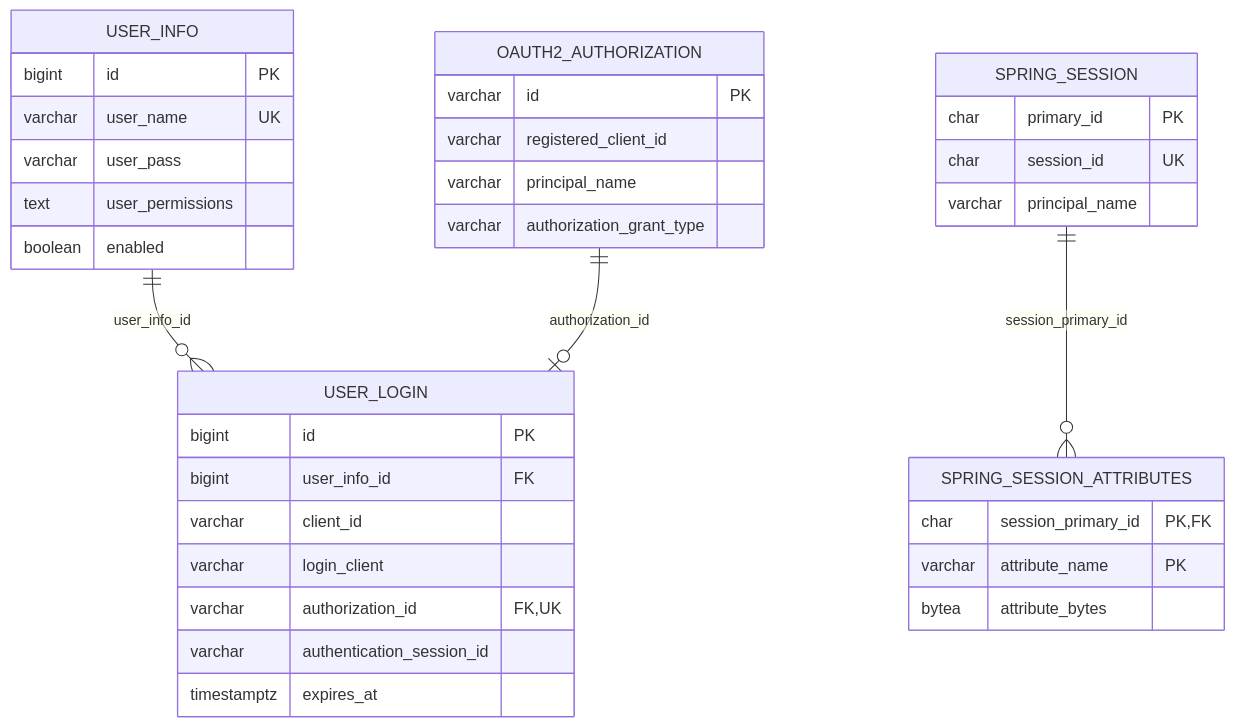
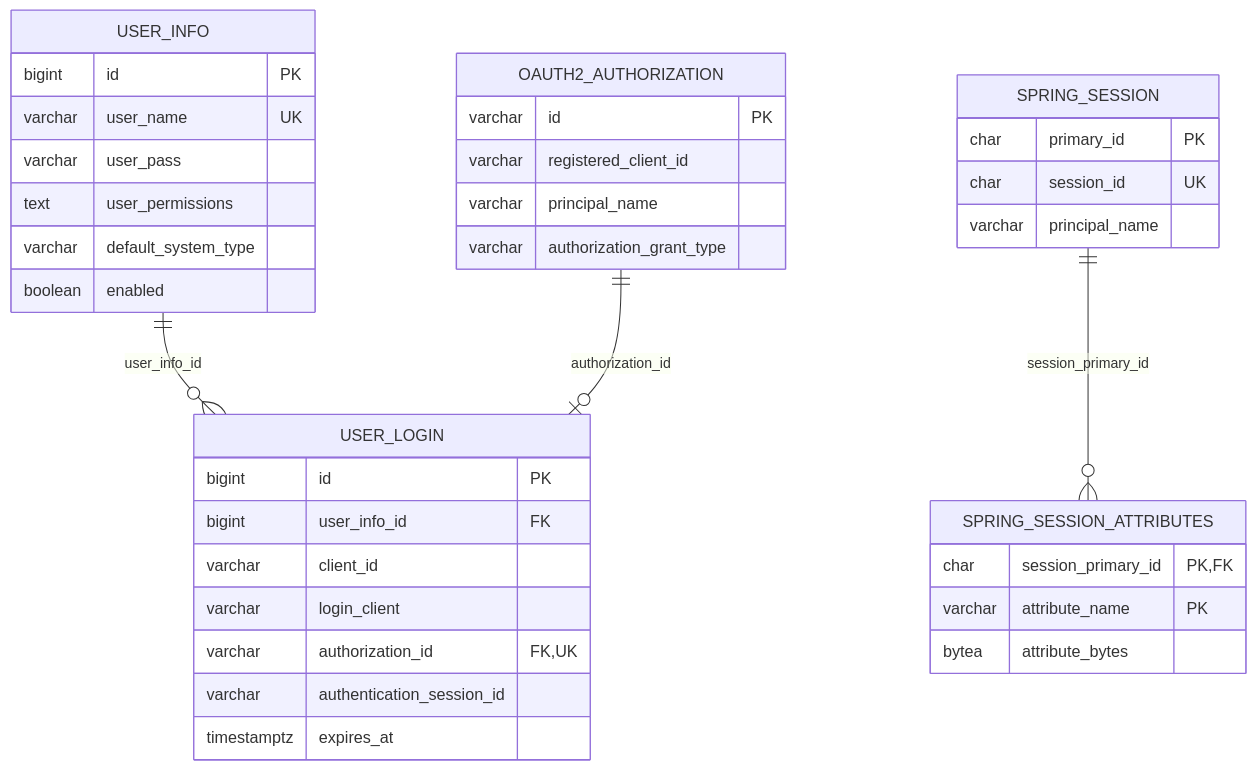
One commit to bbcdabao/baosys changed the diagram in docs/modules/manager/database_design.en.md. Above: the diagram before and after it, drawn with Mermaid. The commit also changed other lines of this file and 13 other files, not shown here.

````diff
--- a/docs/modules/manager/database_design.en.md
+++ b/docs/modules/manager/database_design.en.md
@@ -25,39 +25,40 @@
 ```mermaid
 erDiagram
     USER_INFO ||--o{ USER_LOGIN : "user_info_id"
     OAUTH2_AUTHORIZATION ||--o| USER_LOGIN : "authorization_id"
     SPRING_SESSION ||--o{ SPRING_SESSION_ATTRIBUTES : "session_primary_id"
 
     USER_INFO {
         bigint id PK
         varchar user_name UK
         varchar user_pass
         text user_permissions
+        varchar default_system_type
         boolean enabled
     }
     USER_LOGIN {
         bigint id PK
         bigint user_info_id FK
         varchar client_id
         varchar login_client
         varchar authorization_id FK,UK
         varchar authentication_session_id
         timestamptz expires_at
     }
     OAUTH2_AUTHORIZATION {
         varchar id PK
         varchar registered_client_id
         varchar principal_name
         varchar authorization_grant_type
     }
     SPRING_SESSION {
         char primary_id PK
         char session_id UK
         varchar principal_name
     }
     SPRING_SESSION_ATTRIBUTES {
         char session_primary_id PK,FK
         varchar attribute_name PK
         bytea attribute_bytes
     }
 ```
````
